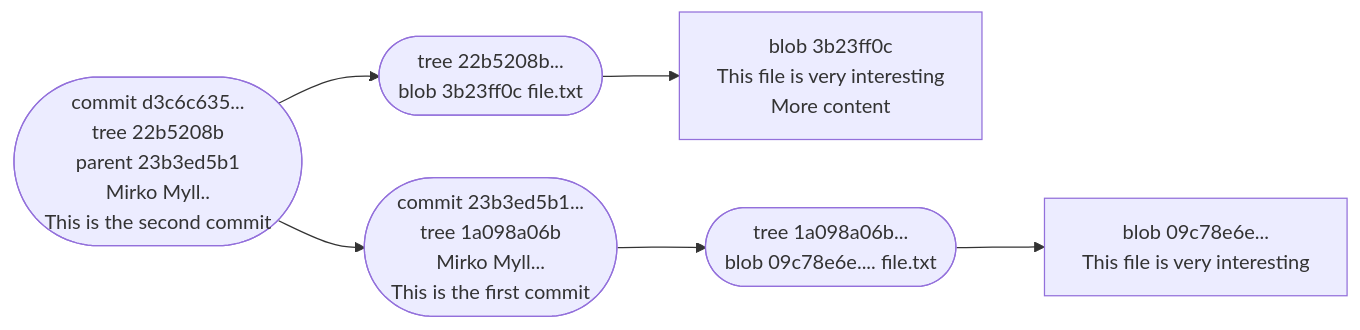
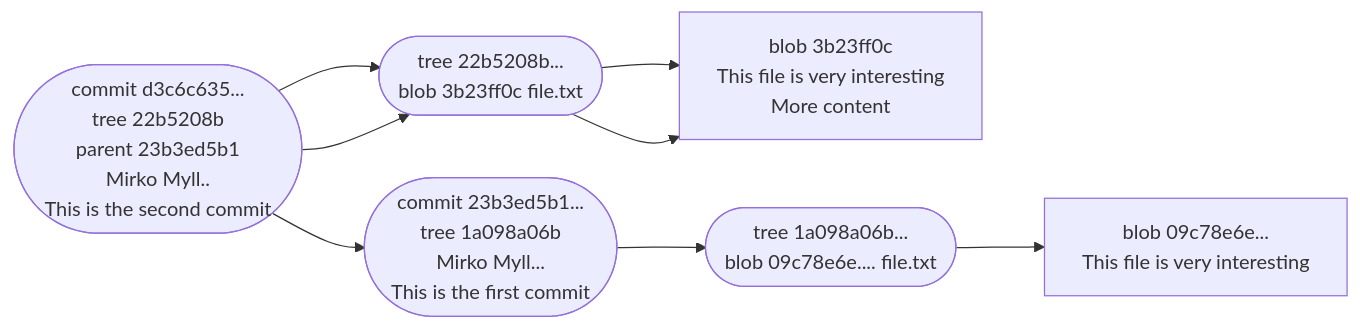
Diagram 15 of 26 in docs/basic-concepts.md (hpc2n/course-intro-git), drawn with Mermaid before and after one commit.

Commit message:
Adding lecture 3

````diff
--- a/docs/basic-concepts.md
+++ b/docs/basic-concepts.md
@@ -963,18 +963,20 @@
 ```mermaid
 graph LR
   secondcommit(["commit d3c6c635...<br>tree 22b5208b<br>parent 23b3ed5b1<br>Mirko Myll..<br>This is the second commit"])
   firstcommit(["commit 23b3ed5b1...<br>tree 1a098a06b<br>Mirko Myll...<br>This is the first commit"])
   
   secondblob["blob 3b23ff0c<br>This file is very interesting<br>More content"]
   firstblob["blob 09c78e6e...<br>This file is very interesting"]
   tree1(["tree 22b5208b...<br>blob 3b23ff0c file.txt"])
   tree2(["tree 1a098a06b...<br>blob 09c78e6e.... file.txt"])
   
+  secondcommit --> firstcommit
   secondcommit --> tree1
   tree1 --> secondblob
 
   firstcommit --> tree2 
   tree2 --> firstblob
   
-  secondcommit --> firstcommit
+  secondcommit --> tree1
+  tree1 --> secondblob
 ```
````
